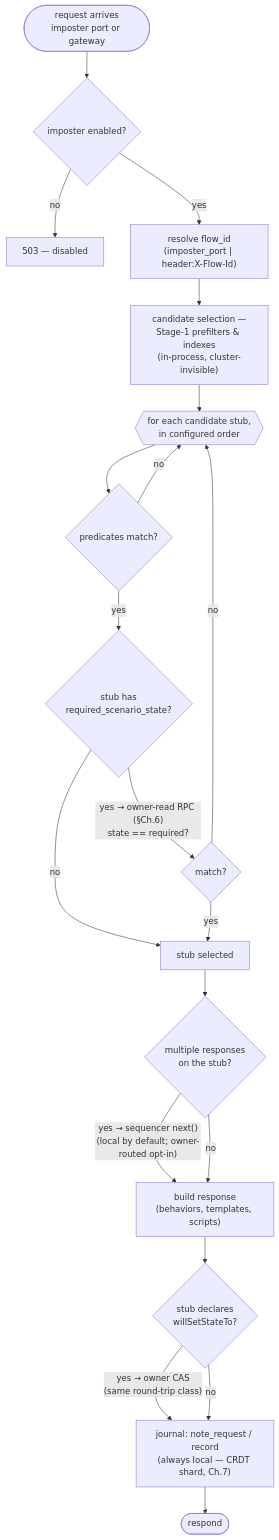
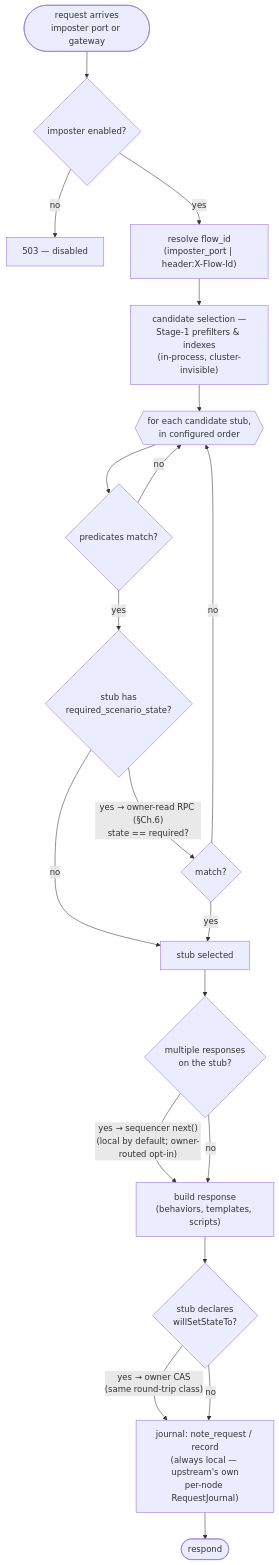
The first of 3 diagrams in docs/architecture/05-read-path.md (achird-labs/rift-cluster), drawn with Mermaid before and after one commit. The commit also changed other lines of this file and 73 other files, not shown here.

First line of the commit message:
chore(journal): remove the fleet journal merge; requests are per node (D-74) (#568)

````diff
--- a/docs/architecture/05-read-path.md
+++ b/docs/architecture/05-read-path.md
@@ -11,22 +11,22 @@
 ```mermaid
 flowchart TB
     IN([request arrives<br/>imposter port or gateway]) --> EN{imposter enabled?}
     EN -- no --> R503[503 — disabled]
     EN -- yes --> FID["resolve flow_id<br/>(imposter_port | header:X-Flow-Id)"]
     FID --> IDX["candidate selection —<br/>Stage-1 prefilters & indexes<br/>(in-process, cluster-invisible)"]
     IDX --> LOOP{{for each candidate stub,<br/>in configured order}}
     LOOP --> PRED{predicates match?}
     PRED -- no --> LOOP
     PRED -- yes --> SCN{stub has<br/>required_scenario_state?}
     SCN -- no --> SEL[stub selected]
     SCN -- "yes → owner-read RPC (§Ch.6)<br/>state == required?" --> SCM{match?}
     SCM -- no --> LOOP
     SCM -- yes --> SEL
     SEL --> MULTI{multiple responses<br/>on the stub?}
     MULTI -- "yes → sequencer next()<br/>(local by default; owner-routed opt-in)" --> RESP
     MULTI -- no --> RESP["build response<br/>(behaviors, templates, scripts)"]
     RESP --> TRANS{"stub declares<br/>willSetStateTo?"}
     TRANS -- "yes → owner CAS<br/>(same round-trip class)" --> REC
-    TRANS -- no --> REC["journal: note_request / record<br/>(always local — CRDT shard, Ch.7)"]
+    TRANS -- no --> REC["journal: note_request / record<br/>(always local — upstream's own<br/>per-node RequestJournal)"]
     REC --> OUT([respond])
 ```
````
